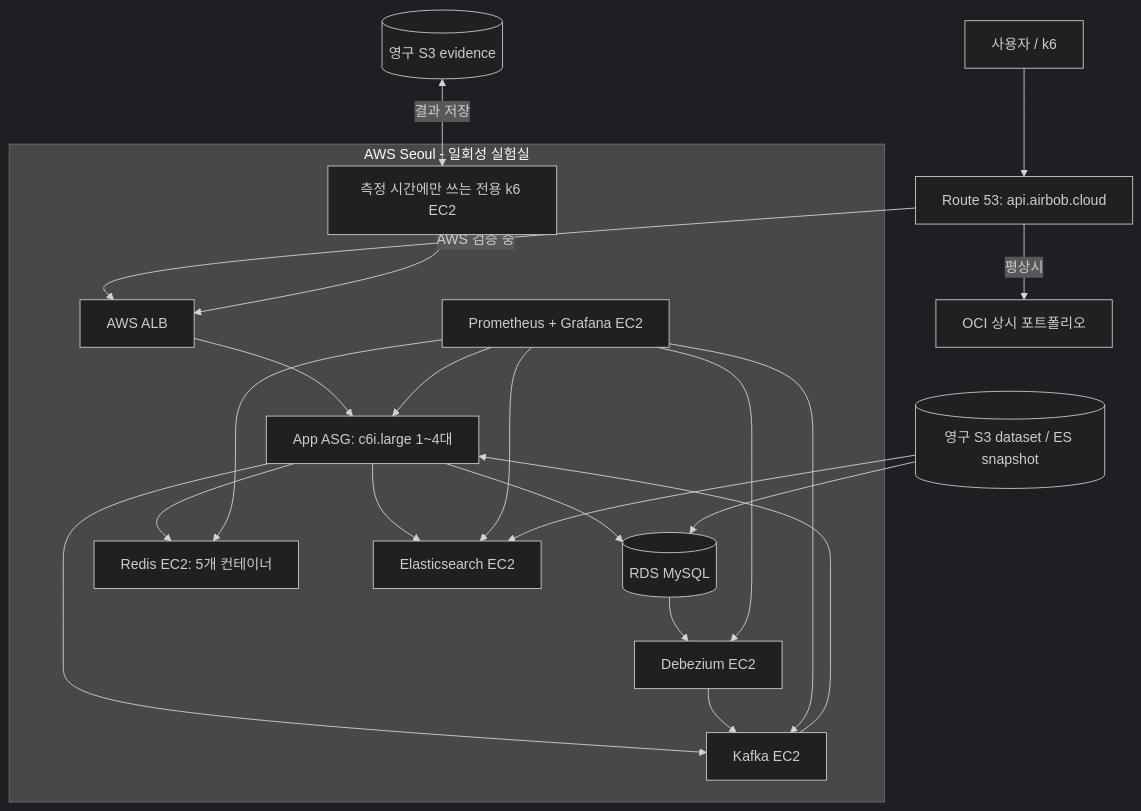
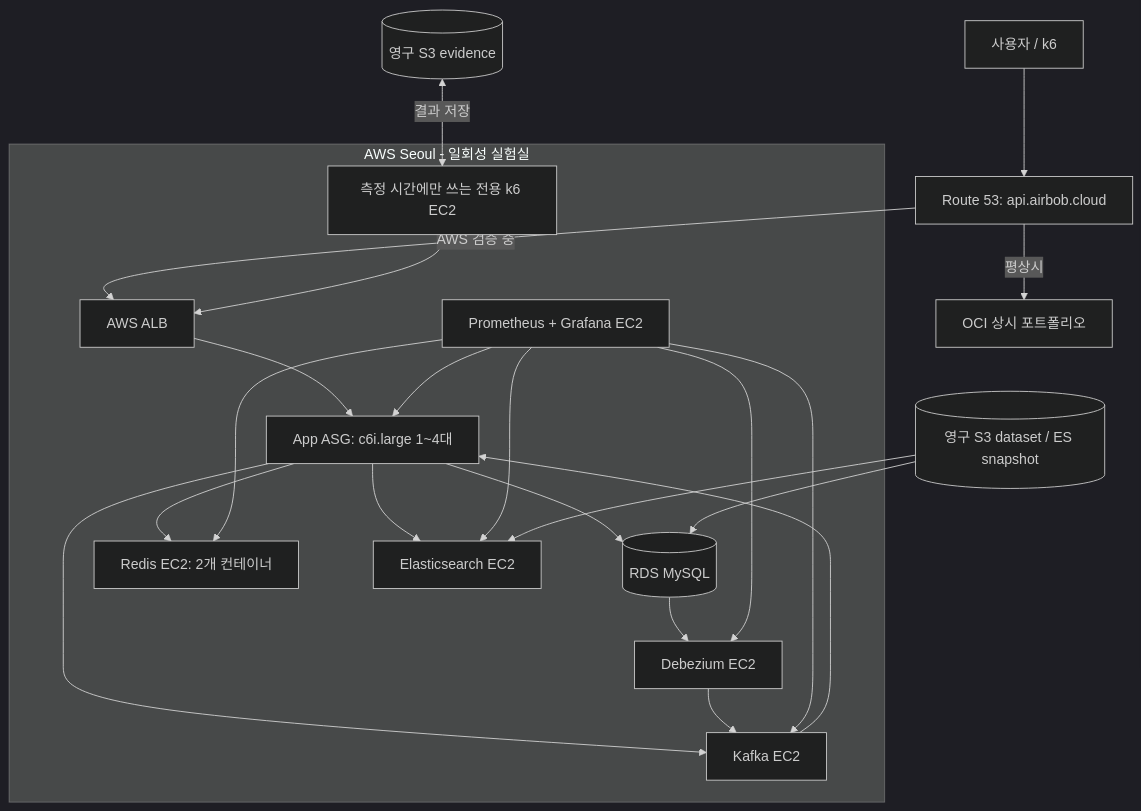
Before and after one commit to eeoos/airbob: the first of 3 diagrams in docs/superpowers/specs/2026-08-14-ephemeral-aws-performance-lab-design.md, drawn with Mermaid (dark theme). The commit also changed other lines of this file, not shown here.

Commit message:
docs: keep AWS Redis topology at two containers

````diff
--- a/docs/superpowers/specs/2026-08-14-ephemeral-aws-performance-lab-design.md
+++ b/docs/superpowers/specs/2026-08-14-ephemeral-aws-performance-lab-design.md
@@ -106,27 +106,27 @@
 ```mermaid
 flowchart TB
   user["사용자 / k6"] --> dns["Route 53: api.airbob.cloud"]
   dns -->|평상시| oci["OCI 상시 포트폴리오"]
   dns -->|AWS 검증 중| alb["AWS ALB"]
 
   subgraph aws["AWS Seoul - 일회성 실험실"]
     alb --> asg["App ASG: c6i.large 1~4대"]
     asg --> rds[("RDS MySQL")]
-    asg --> redis["Redis EC2: 5개 컨테이너"]
+    asg --> redis["Redis EC2: 2개 컨테이너"]
     asg --> kafka["Kafka EC2"]
     asg --> es["Elasticsearch EC2"]
     rds --> debezium["Debezium EC2"]
     debezium --> kafka
     kafka --> asg
     monitor["Prometheus + Grafana EC2"] --> asg
     monitor --> redis
     monitor --> kafka
     monitor --> debezium
     monitor --> es
     loadgen["측정 시간에만 쓰는 전용 k6 EC2"] --> alb
   end
 
   dataset[("영구 S3 dataset / ES snapshot")] --> rds
   dataset --> es
   artifacts[("영구 S3 evidence")] <-->|"결과 저장"| loadgen
 ```
````
